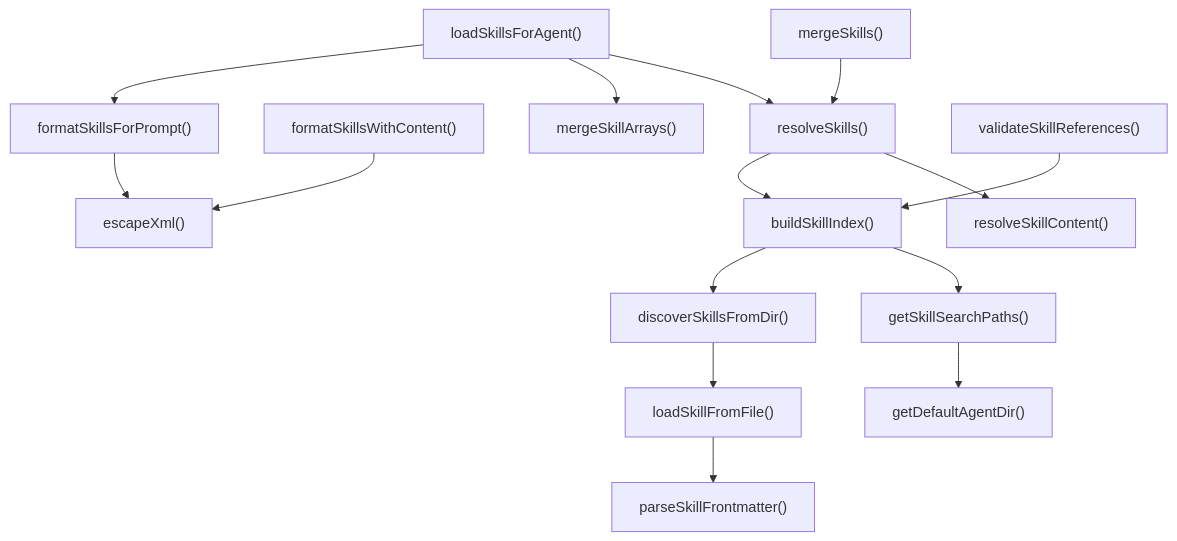
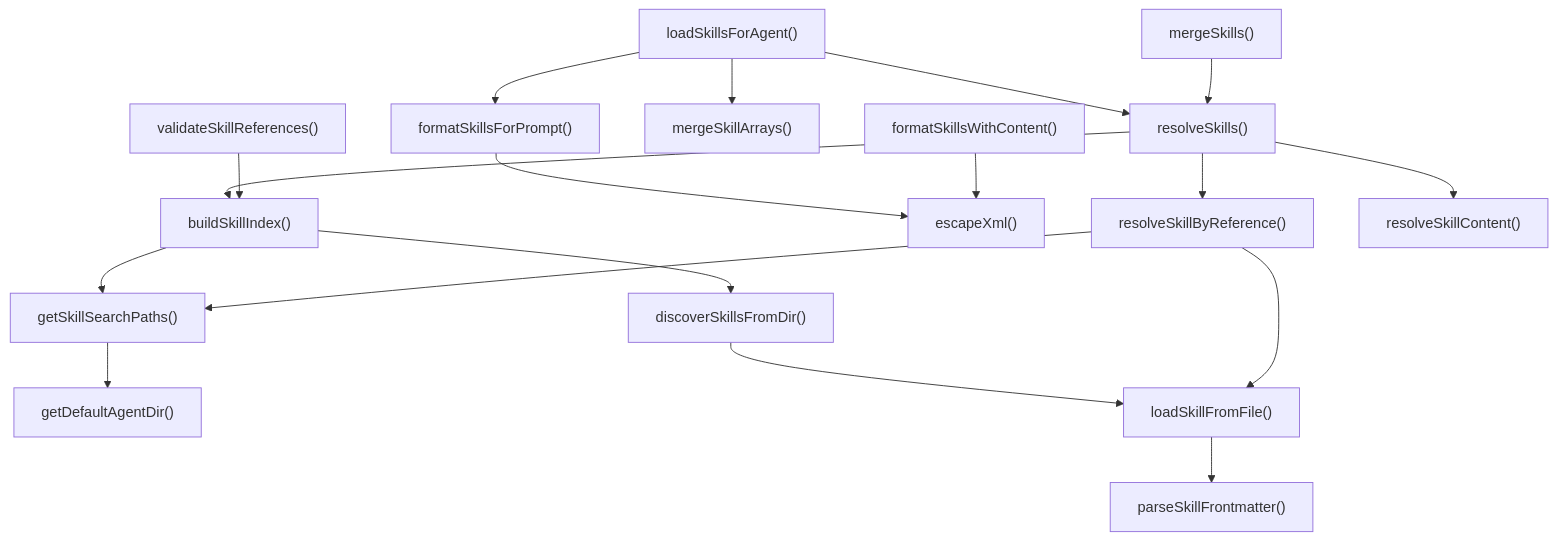
The second of 3 diagrams in ABDD/.pi/lib/skill-registry.md (Mekann2904/mekann), drawn with Mermaid before and after one commit. The commit also changed other lines of this file and 205 other files, not shown here.

````diff
--- a/ABDD/.pi/lib/skill-registry.md
+++ b/ABDD/.pi/lib/skill-registry.md
@@ -82,32 +82,36 @@
 ```mermaid
 flowchart TD
   buildSkillIndex["buildSkillIndex()"]
   discoverSkillsFromDir["discoverSkillsFromDir()"]
   escapeXml["escapeXml()"]
   formatSkillsForPrompt["formatSkillsForPrompt()"]
   formatSkillsWithContent["formatSkillsWithContent()"]
   getDefaultAgentDir["getDefaultAgentDir()"]
   getSkillSearchPaths["getSkillSearchPaths()"]
   loadSkillFromFile["loadSkillFromFile()"]
   loadSkillsForAgent["loadSkillsForAgent()"]
   mergeSkillArrays["mergeSkillArrays()"]
   mergeSkills["mergeSkills()"]
   parseSkillFrontmatter["parseSkillFrontmatter()"]
+  resolveSkillByReference["resolveSkillByReference()"]
   resolveSkillContent["resolveSkillContent()"]
   resolveSkills["resolveSkills()"]
   validateSkillReferences["validateSkillReferences()"]
   buildSkillIndex --> discoverSkillsFromDir
   buildSkillIndex --> getSkillSearchPaths
   discoverSkillsFromDir --> loadSkillFromFile
   formatSkillsForPrompt --> escapeXml
   formatSkillsWithContent --> escapeXml
   getSkillSearchPaths --> getDefaultAgentDir
   loadSkillFromFile --> parseSkillFrontmatter
   loadSkillsForAgent --> formatSkillsForPrompt
   loadSkillsForAgent --> mergeSkillArrays
   loadSkillsForAgent --> resolveSkills
   mergeSkills --> resolveSkills
+  resolveSkillByReference --> getSkillSearchPaths
+  resolveSkillByReference --> loadSkillFromFile
   resolveSkills --> buildSkillIndex
+  resolveSkills --> resolveSkillByReference
   resolveSkills --> resolveSkillContent
   validateSkillReferences --> buildSkillIndex
 ```
````
